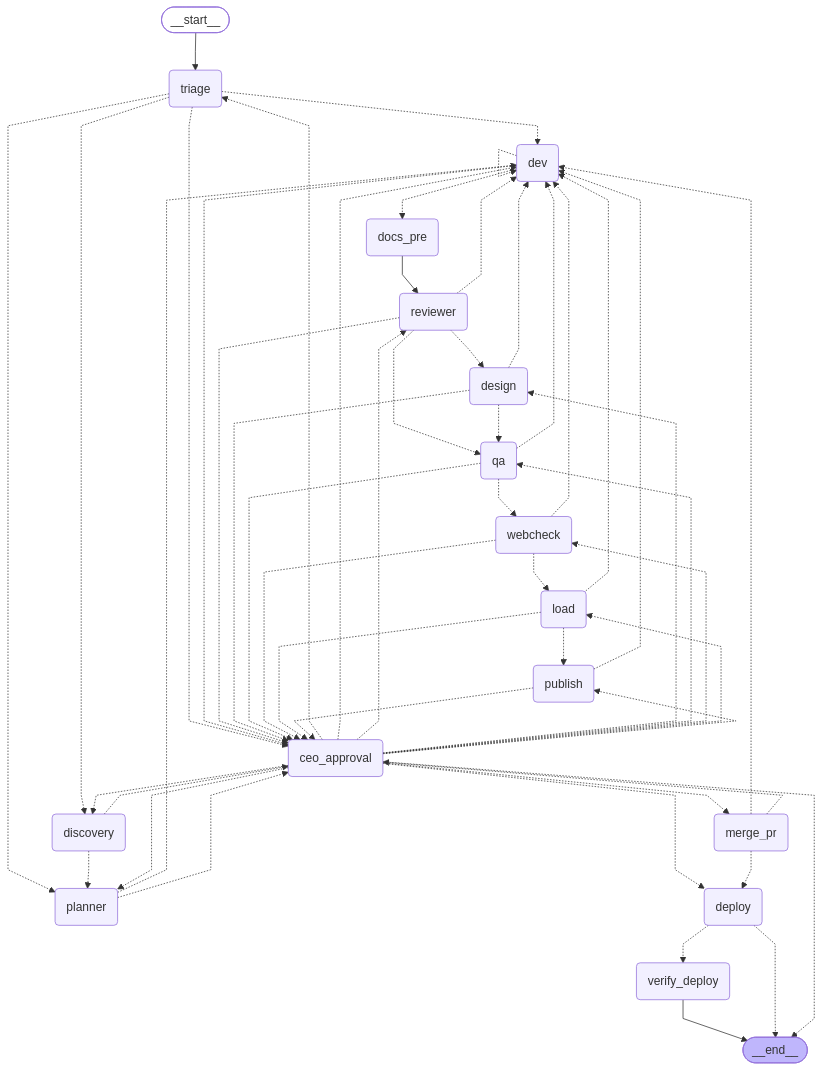
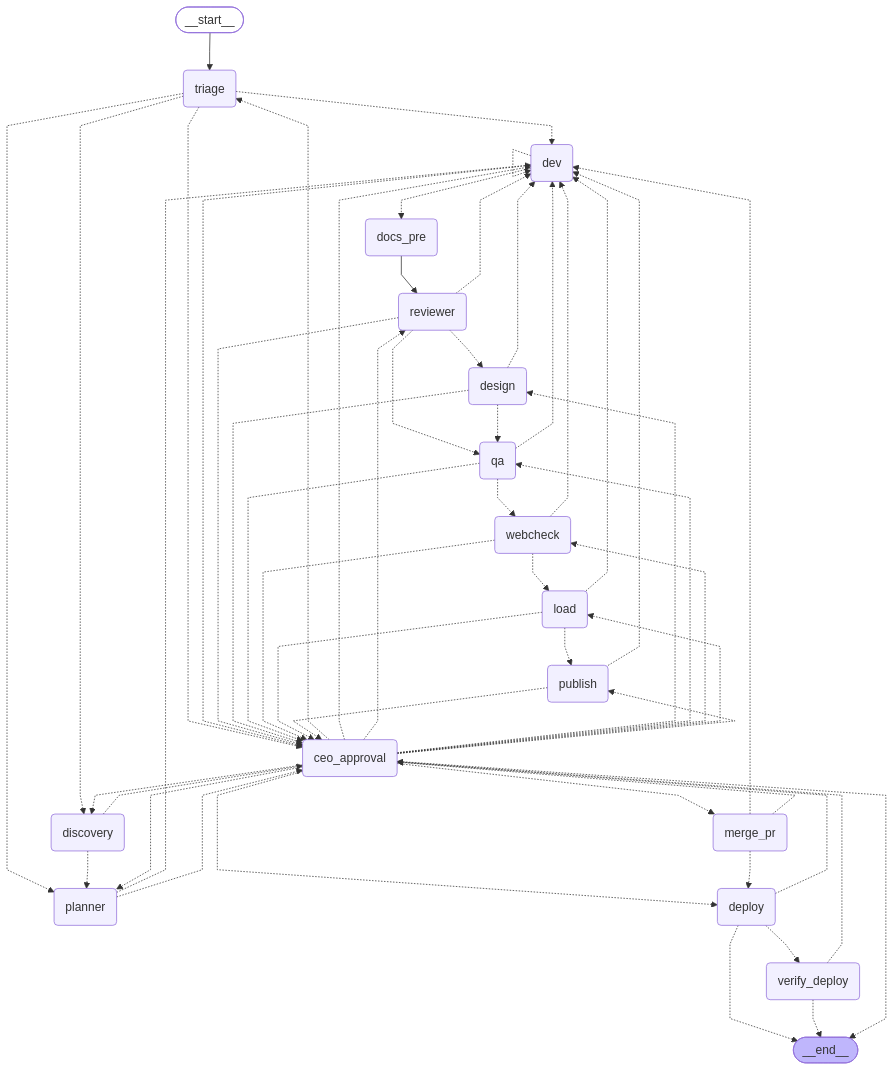
One commit to venturelli-91/agent-softhouse-orchestrator changed the diagram in orchestrator/docs/11-reference.md. Above: the diagram before and after it, drawn with Mermaid. The commit also changed 10 other files, not shown here.

Commit message:
feat(graph): promoção de staging para produção com aprovação do CEO

````diff
--- a/orchestrator/docs/11-reference.md
+++ b/orchestrator/docs/11-reference.md
@@ -91,74 +91,76 @@
 ```mermaid
 %%{init: {'flowchart': {'curve': 'linear'}}}%%
 graph TD;
 	__start__([<p>__start__</p>]):::first
 	triage(triage)
 	discovery(discovery)
 	planner(planner)
 	dev(dev)
 	docs_pre(docs_pre)
 	reviewer(reviewer)
 	design(design)
 	qa(qa)
 	webcheck(webcheck)
 	load(load)
 	publish(publish)
 	ceo_approval(ceo_approval)
 	merge_pr(merge_pr)
 	deploy(deploy)
 	verify_deploy(verify_deploy)
 	__end__([<p>__end__</p>]):::last
 	__start__ --> triage;
 	docs_pre --> reviewer;
-	verify_deploy --> __end__;
 	triage -.-> dev;
 	triage -.-> discovery;
 	triage -.-> planner;
 	discovery -.-> planner;
 	deploy -.-> verify_deploy;
+	deploy -.-> ceo_approval;
 	deploy -.-> __end__;
+	verify_deploy -.-> ceo_approval;
+	verify_deploy -.-> __end__;
 	discovery -.-> ceo_approval;
 	triage -.-> ceo_approval;
 	planner -.-> dev;
 	planner -.-> ceo_approval;
 	dev -.-> docs_pre;
 	dev -.-> dev;
 	dev -.-> ceo_approval;
 	reviewer -.-> design;
 	reviewer -.-> qa;
 	reviewer -.-> dev;
 	reviewer -.-> ceo_approval;
 	design -.-> qa;
 	design -.-> dev;
 	design -.-> ceo_approval;
 	qa -.-> webcheck;
 	qa -.-> dev;
 	qa -.-> ceo_approval;
 	webcheck -.-> load;
 	webcheck -.-> dev;
 	webcheck -.-> ceo_approval;
 	load -.-> publish;
 	load -.-> dev;
 	load -.-> ceo_approval;
 	publish -.-> ceo_approval;
 	publish -.-> dev;
 	ceo_approval -.-> triage;
 	ceo_approval -.-> discovery;
 	ceo_approval -.-> planner;
 	ceo_approval -.-> dev;
 	ceo_approval -.-> reviewer;
 	ceo_approval -.-> design;
 	ceo_approval -.-> qa;
 	ceo_approval -.-> webcheck;
 	ceo_approval -.-> load;
 	ceo_approval -.-> publish;
 	ceo_approval -.-> deploy;
 	ceo_approval -.-> merge_pr;
 	ceo_approval -.-> __end__;
 	merge_pr -.-> deploy;
 	merge_pr -.-> dev;
 	merge_pr -.-> ceo_approval;
 	classDef default fill:#f2f0ff,line-height:1.2;
 	classDef first fill-opacity:0;
 	classDef last fill:#bfb6fc;
 ```
````
